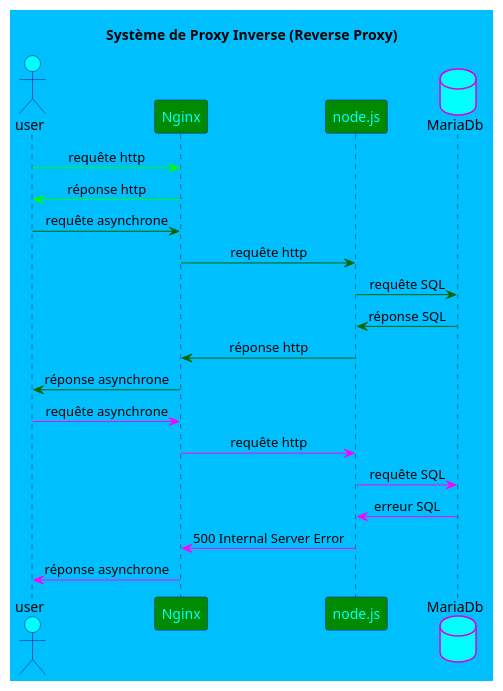
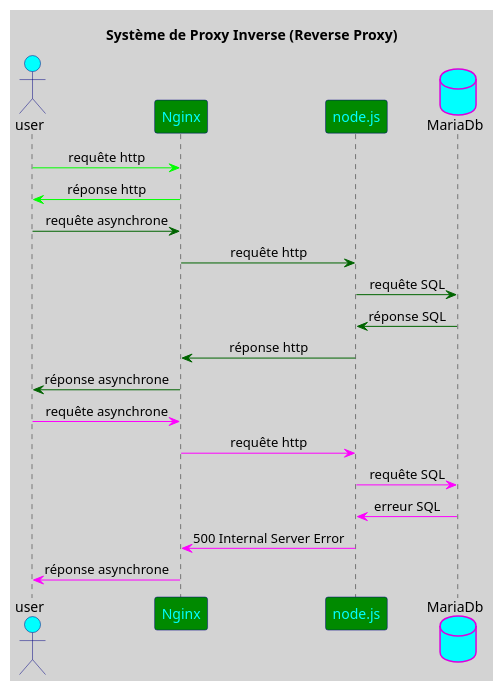
Before and after one commit to bigmoletos/acj_formation_expert_sys_info: the diagram in python_machine_learning/exo/plant_UML/system.puml, drawn with PlantUML. The commit also changed 2 other files, not shown here.

```diff
--- a/python_machine_learning/exo/plant_UML/system.puml
+++ b/python_machine_learning/exo/plant_UML/system.puml
@@ -1,46 +1,47 @@
 @startuml test
-skinparam backgroundColor #00BFFF
+' skinparam backgroundColor #00BFFF
+skinparam backgroundColor #D3D3D3
 skinparam fontColor #000080
 skinparam database {
     BackgroundColor #00FFFF
     BorderColor #DD00DD
 }
 skinparam participant {
     BackgroundColor #008A00
     BorderColor #000080
     FontColor #00FFFF
 }
 skinparam actor {
     BackgroundColor #00FFFF
     BorderColor #000080
 }
 skinparam ArrowColor #00FF00
 skinparam sequenceMessageAlign center
 
 title Système de Proxy Inverse (Reverse Proxy)
 
 actor user
 participant Nginx
 participant node.js
 database MariaDb
 
 user -> Nginx : requête http
 Nginx -> user : réponse http
 
 skinparam ArrowColor #006400
 user -> Nginx : requête asynchrone
 Nginx -> node.js : requête http
 node.js -> MariaDb : requête SQL
 MariaDb -> node.js : réponse SQL
 node.js -> Nginx : réponse http
 Nginx -> user : réponse asynchrone
 skinparam ArrowColor #FF00FF
 user -> Nginx : requête asynchrone
 Nginx -> node.js : requête http
 node.js -> MariaDb : requête SQL
 MariaDb -> node.js : erreur SQL
 node.js -> Nginx : 500 Internal Server Error
 Nginx -> user : réponse asynchrone
 
 
 @enduml
```
